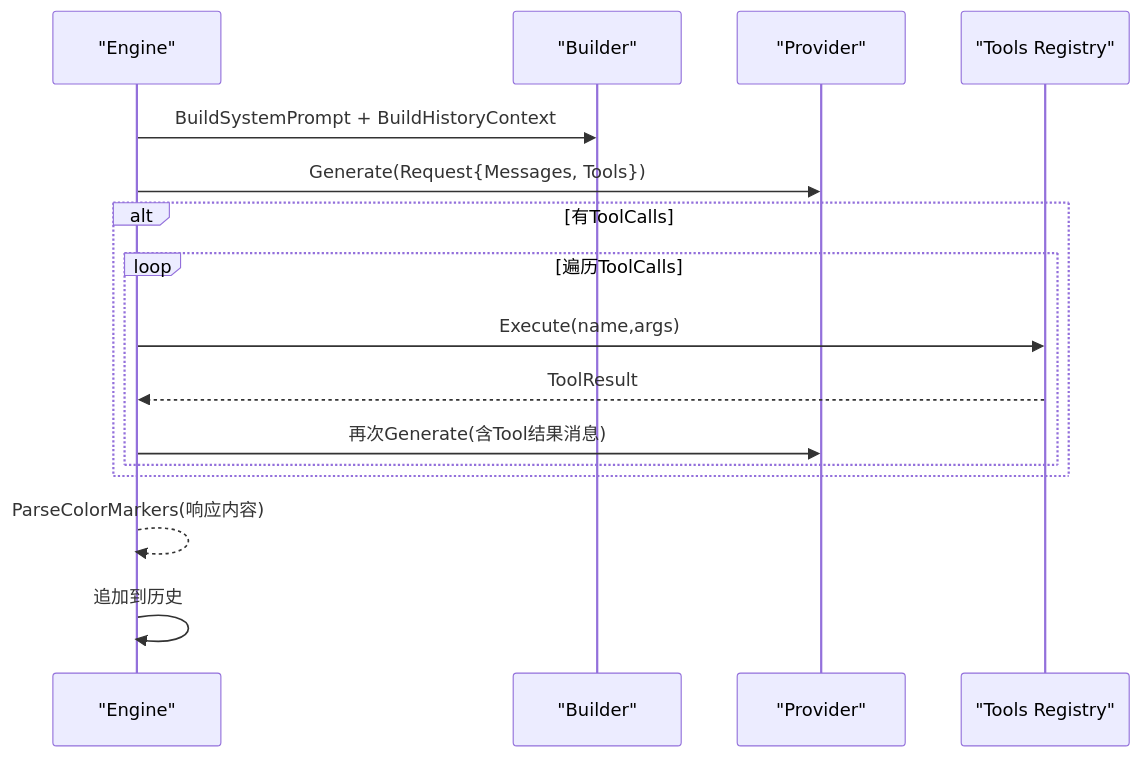
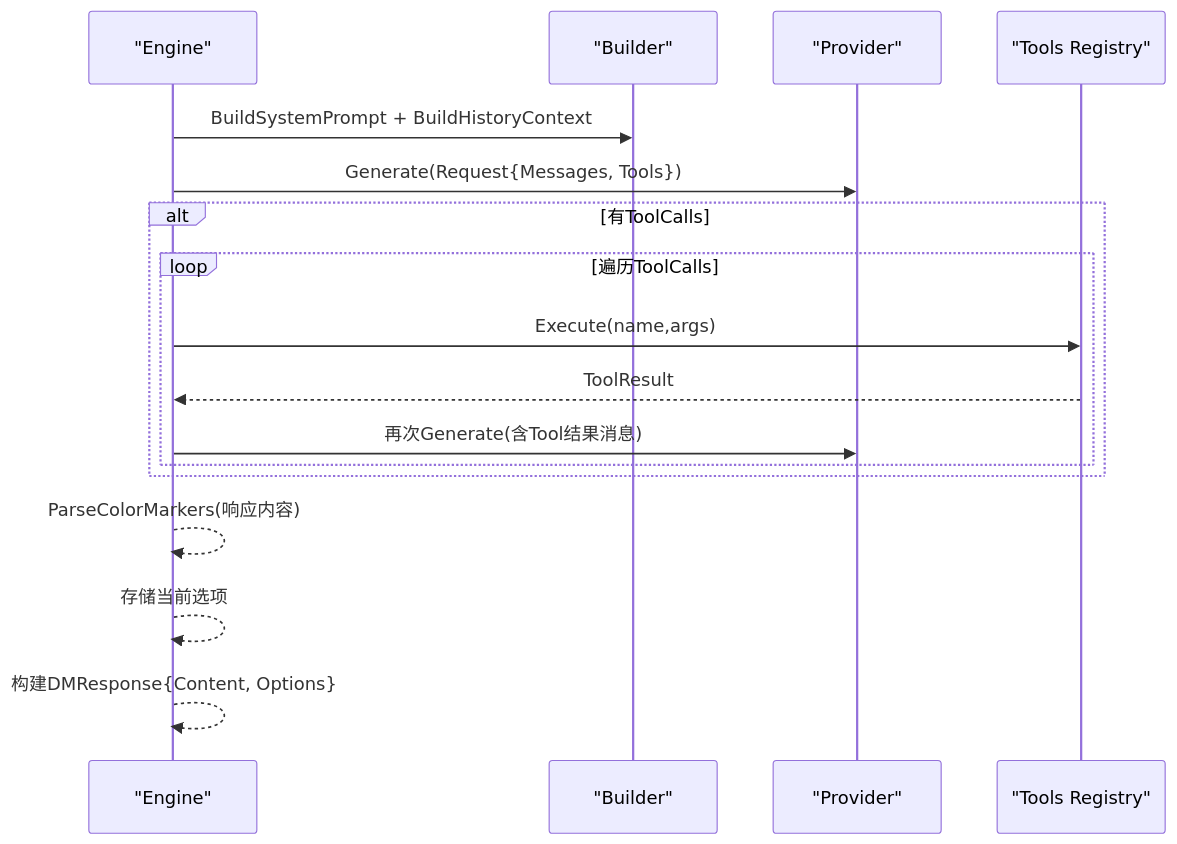
Before and after one commit to zwh8800/cdnd: the sixth of 8 diagrams in .qoder/repowiki/zh/content/LLM集成系统/提示词系统.md, drawn with Mermaid. The commit also changed other lines of this file and 5 other files, not shown here.

````diff
--- a/.qoder/repowiki/zh/content/LLM集成系统/提示词系统.md
+++ b/.qoder/repowiki/zh/content/LLM集成系统/提示词系统.md
@@ -285,18 +319,19 @@
 ```mermaid
 sequenceDiagram
 participant E as "Engine"
 participant B as "Builder"
 participant P as "Provider"
 participant TR as "Tools Registry"
 E->>B : BuildSystemPrompt + BuildHistoryContext
 E->>P : Generate(Request{Messages, Tools})
 alt 有ToolCalls
 loop 遍历ToolCalls
 E->>TR : Execute(name,args)
 TR-->>E : ToolResult
 E->>P : 再次Generate(含Tool结果消息)
 end
 end
 E-->>E : ParseColorMarkers(响应内容)
-E->>E : 追加到历史
+E-->>E : 存储当前选项
+E-->>E : 构建DMResponse{Content, Options}
 ```
````
